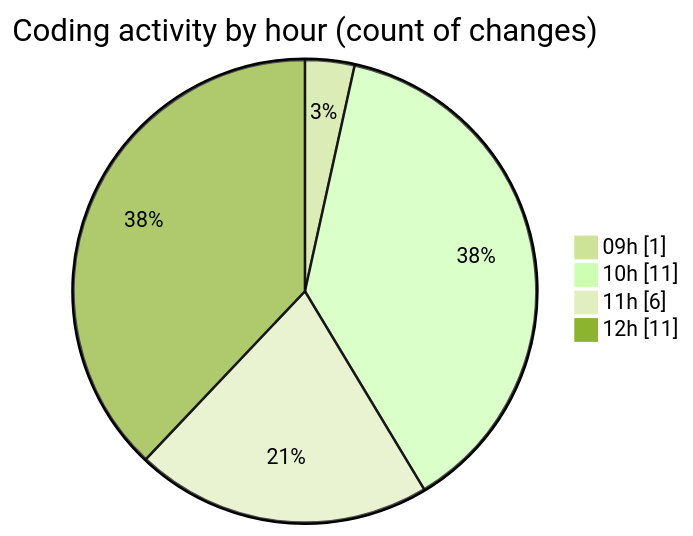
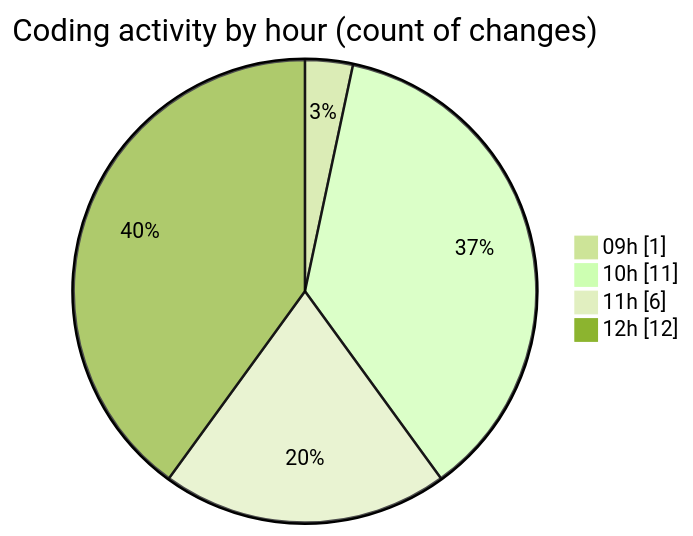
Before and after one commit to momahboobian/code-tracking: the second of 2 diagrams in 2026-09-28/cda/README.md, drawn with Mermaid (forest theme). The commit also changed other lines of this file and 1 other file, not shown here.

````diff
--- a/2026-09-28/cda/README.md
+++ b/2026-09-28/cda/README.md
@@ -41,8 +42,8 @@
 ```mermaid
 pie showData
 title Coding activity by hour (count of changes)
 "09h" : 1
 "10h" : 11
 "11h" : 6
-"12h" : 11
+"12h" : 12
 ```
````
